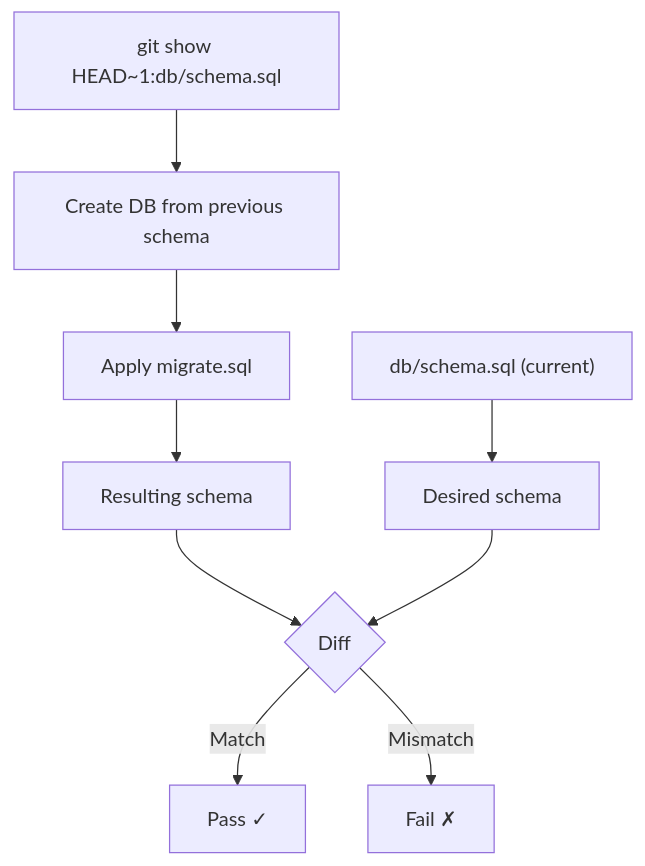
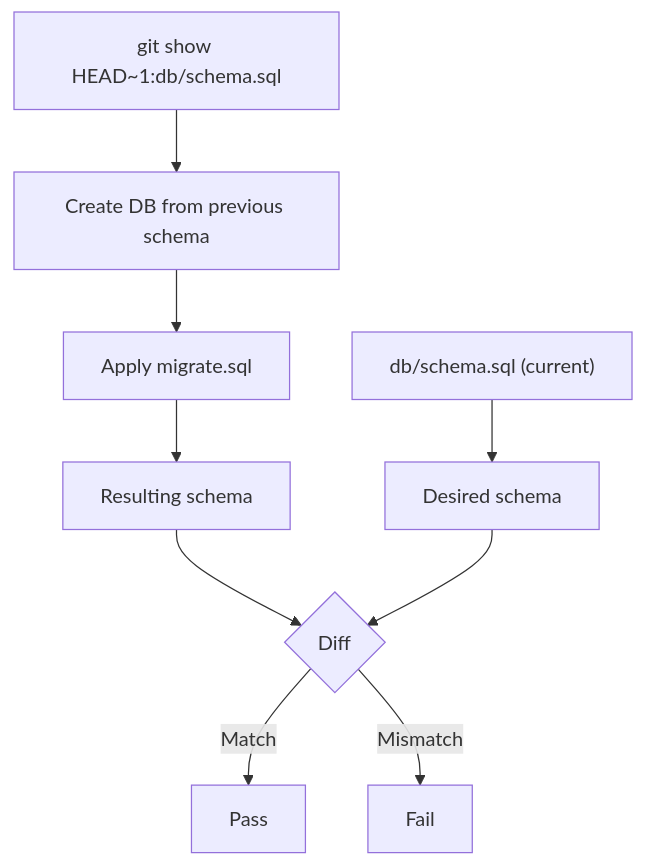
The fourth of 6 diagrams in content/docs/infrastructure/1-migrations.mdx (Almaju/blog), drawn with Mermaid before and after one commit. The commit also changed 22 other files, not shown here.

First line of the commit message:
refactor: reorganize fundamentals into modeling/style/architecture

````diff
--- a/content/docs/infrastructure/1-migrations.mdx
+++ b/content/docs/infrastructure/1-migrations.mdx
@@ -166,14 +166,14 @@
 ```mermaid
 graph TD
     A["git show HEAD~1:db/schema.sql"] --> B[Create DB from previous schema]
     B --> C[Apply migrate.sql]
     C --> D[Resulting schema]
     E["db/schema.sql (current)"] --> F[Desired schema]
     D --> G{Diff}
     F --> G
-    G -->|Match| H[Pass ✓]
-    G -->|Mismatch| I[Fail ✗]
+    G -->|Match| H[Pass]
+    G -->|Mismatch| I[Fail]
 
     class H green
     class I red
 ```
````
